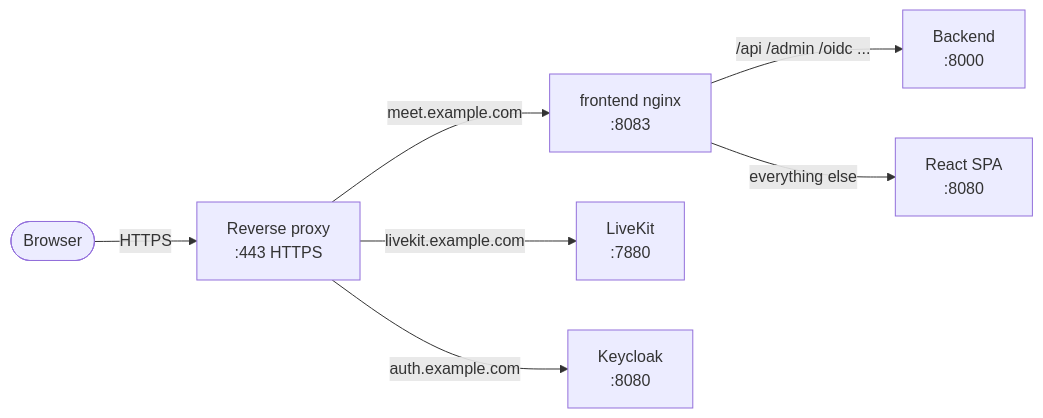
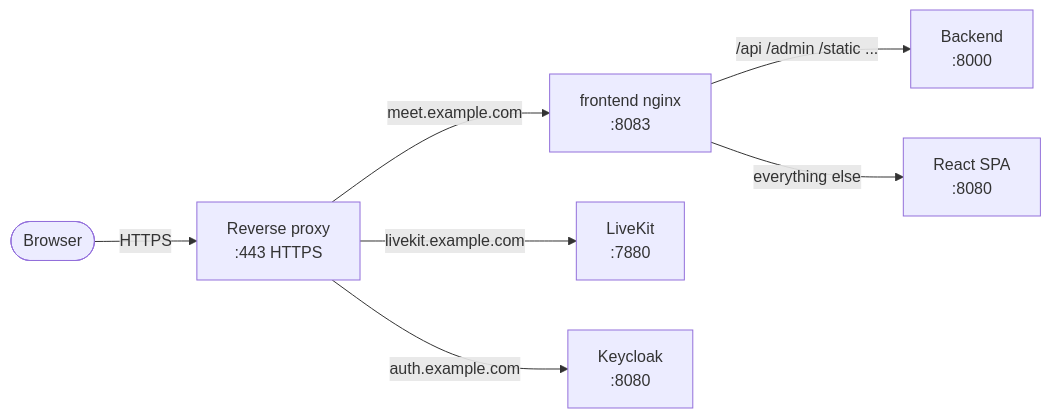
Before and after one commit to suitenumerique/meet: the diagram in docs/self-hosting/compose/reverse-proxy.md, drawn with Mermaid. The commit also changed other lines of this file and 70 other files, not shown here.

````diff
--- a/docs/self-hosting/compose/reverse-proxy.md
+++ b/docs/self-hosting/compose/reverse-proxy.md
@@ -18,17 +17,17 @@
 ```mermaid
 flowchart LR
     B(["Browser"])
     RP["Reverse proxy\n:443 HTTPS"]
     FN["frontend nginx\n:8083"]
     LK["LiveKit\n:7880"]
     KC["Keycloak\n:8080"]
     BE["Backend\n:8000"]
     SPA["React SPA\n:8080"]
 
     B -->|HTTPS| RP
     RP -->|meet.example.com| FN
     RP -->|livekit.example.com| LK
     RP -->|auth.example.com| KC
-    FN -->|"/api /admin /oidc ..."| BE
+    FN -->|"/api /admin /static ..."| BE
     FN -->|"everything else"| SPA
 ```
````
